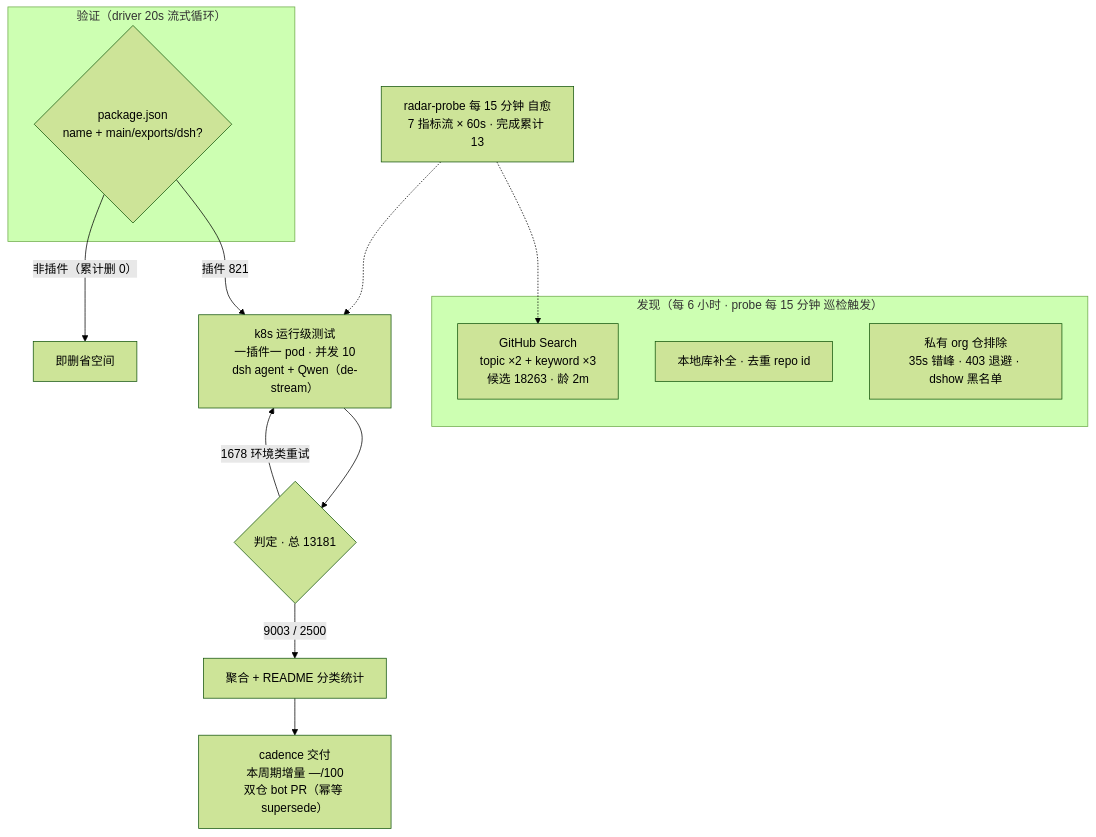
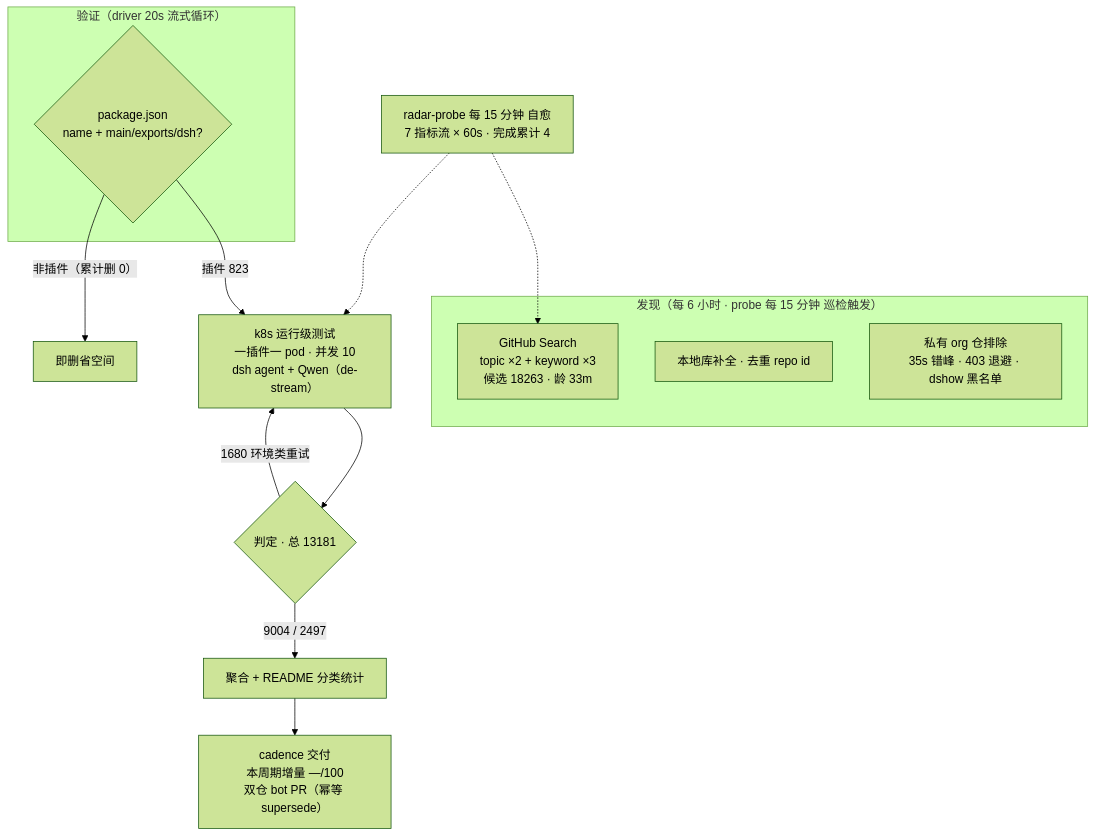
The diagram in README.md (AdamPlatin123/awesome-dsh-plugins), drawn with Mermaid (forest theme) before and after one commit. The commit also changed other lines of this file and 5 other files, not shown here.

````diff
--- a/README.md
+++ b/README.md
@@ -52,20 +52,20 @@
 ```mermaid
 flowchart TB
     subgraph Discovery["发现（每 6 小时 · probe 每 15 分钟 巡检触发）"]
-        A1["GitHub Search<br/>topic ×2 + keyword ×3<br/>候选 18263 · 龄 2m"]
+        A1["GitHub Search<br/>topic ×2 + keyword ×3<br/>候选 18263 · 龄 33m"]
         A2["本地库补全 · 去重 repo id"]
         A3["私有 org 仓排除<br/>35s 错峰 · 403 退避 · dshow 黑名单"]
     end
     subgraph Validation["验证（driver 20s 流式循环）"]
         B1{"package.json<br/>name + main/exports/dsh?"}
     end
-    B1 -->|"插件 821"| C1["k8s 运行级测试<br/>一插件一 pod · 并发 10<br/>dsh agent + Qwen（de-stream）"]
+    B1 -->|"插件 823"| C1["k8s 运行级测试<br/>一插件一 pod · 并发 10<br/>dsh agent + Qwen（de-stream）"]
     B1 -->|"非插件（累计删 0）"| B3["即删省空间"]
     C1 --> D1{"判定 · 总 13181"}
-    D1 -->|"9003 / 2500"| E1["聚合 + README 分类统计"]
-    D1 -->|"1678 环境类重试"| C1
+    D1 -->|"9004 / 2497"| E1["聚合 + README 分类统计"]
+    D1 -->|"1680 环境类重试"| C1
     E1 --> E2["cadence 交付<br/>本周期增量 —/100<br/>双仓 bot PR（幂等 supersede）"]
-    M["radar-probe 每 15 分钟 自愈<br/>7 指标流 × 60s · 完成累计 13"]
+    M["radar-probe 每 15 分钟 自愈<br/>7 指标流 × 60s · 完成累计 4"]
     M -.-> A1
     M -.-> C1
 ```
````
